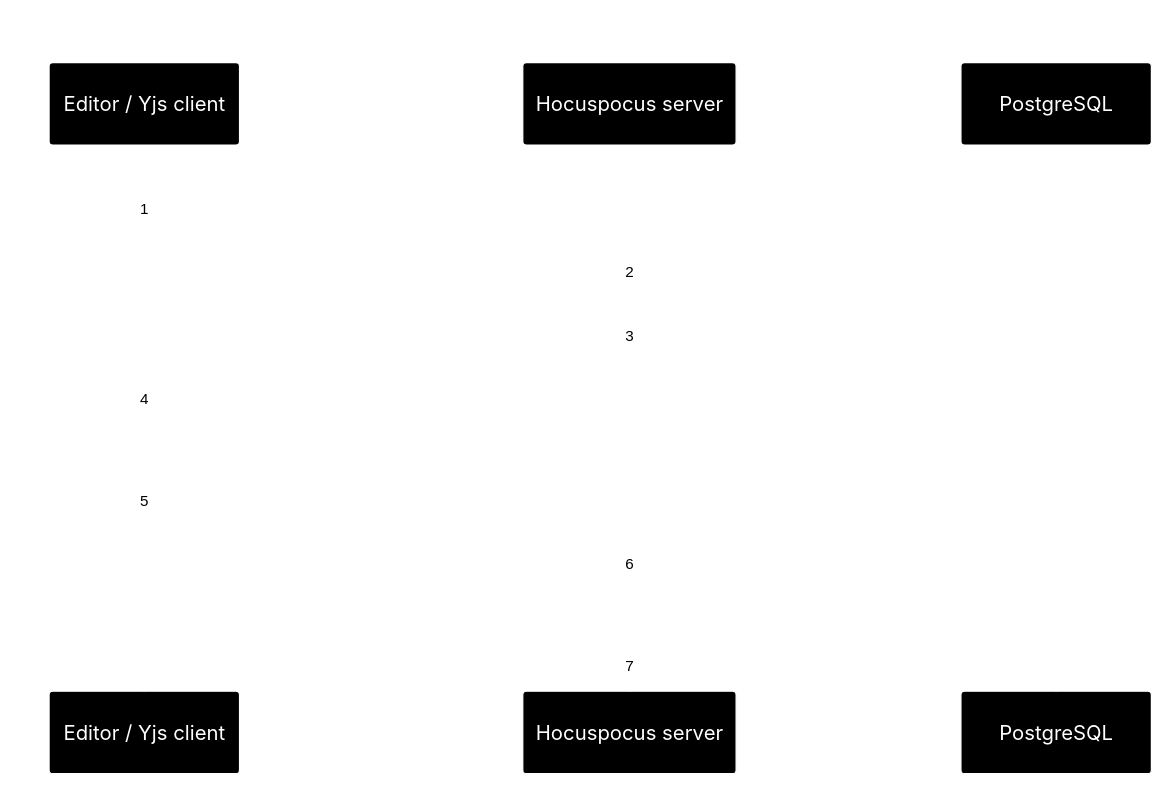
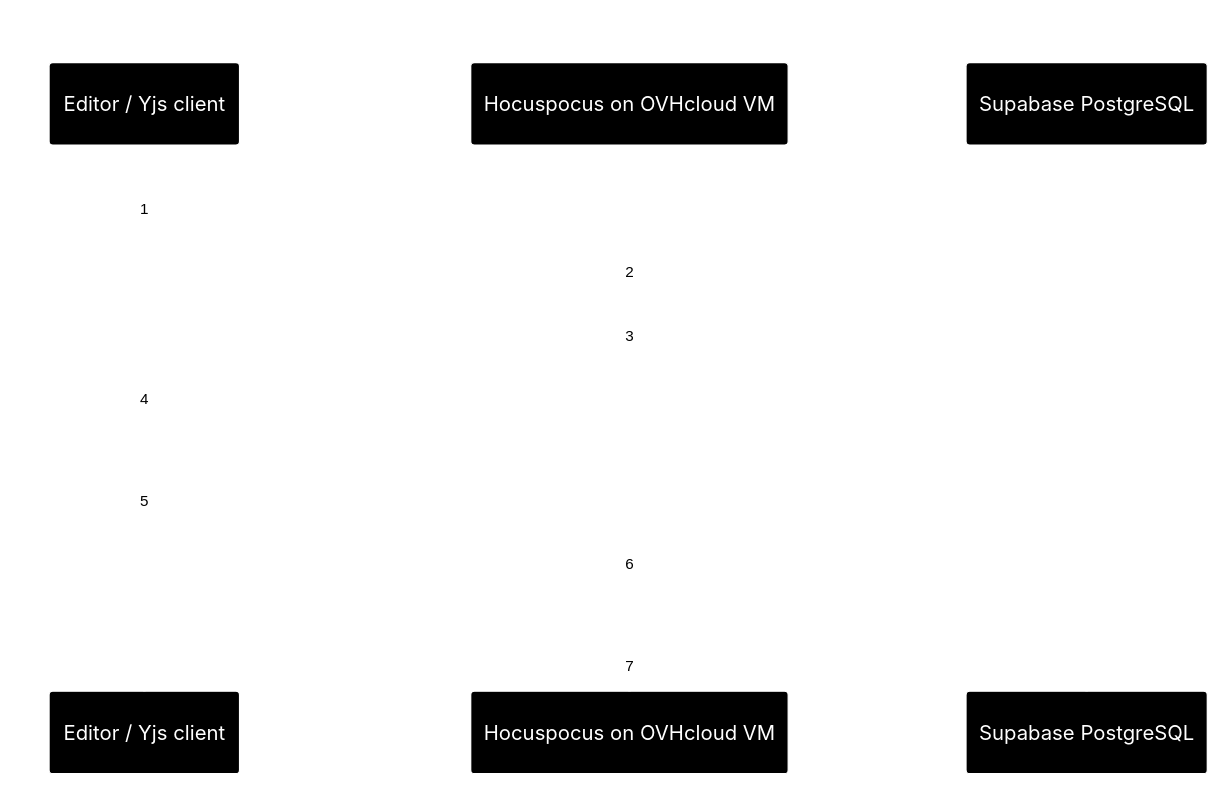
Before and after one commit to drh-14/ChalkTalk: the diagram in diagrams/concurrent-edit-sequence/concurrent-edit-sequence.mmd, drawn with Mermaid. The commit also changed 15 other files, not shown here.

Commit message:
docs: update deployment architecture diagrams for OVHcloud and Supabase

```diff
--- a/diagrams/concurrent-edit-sequence/concurrent-edit-sequence.mmd
+++ b/diagrams/concurrent-edit-sequence/concurrent-edit-sequence.mmd
@@ -1,16 +1,14 @@
 %%{init: {"theme": "base", "sequence": {"actorMargin": 140}, "themeVariables": {"background": "#000000", "primaryColor": "#000000", "primaryTextColor": "#FFFFFF", "primaryBorderColor": "#FFFFFF", "lineColor": "#FFFFFF", "actorBkg": "#000000", "actorBorder": "#FFFFFF", "actorTextColor": "#FFFFFF", "actorLineColor": "#FFFFFF", "signalColor": "#FFFFFF", "signalTextColor": "#FFFFFF", "labelBoxBkgColor": "#000000", "labelBoxBorderColor": "#FFFFFF", "labelTextColor": "#FFFFFF", "loopTextColor": "#FFFFFF", "noteBkgColor": "#000000", "noteBorderColor": "#FFFFFF", "noteTextColor": "#FFFFFF", "activationBkgColor": "#111111", "activationBorderColor": "#FFFFFF", "sequenceNumberColor": "#000000", "fontSize": "14px"}}}%%
 sequenceDiagram
     autonumber
     title ChalkTalk collaborative editing flow
-
-    participant Editor as Editor / Yjs client
-    participant Hocuspocus as Hocuspocus server
-    participant Database as PostgreSQL
-
-    Editor->>Hocuspocus: Connect with one-use ticket
-    Hocuspocus->>Database: Fetch Yjs state
-    Hocuspocus-->>Editor: Synchronize missing updates
-    Editor->>Editor: Apply edit to Y.Text content
-    Editor->>Hocuspocus: Send Yjs update
-    Hocuspocus->>Hocuspocus: Merge update into shared Y.Doc
-    Hocuspocus->>Database: Upload document state
+  participant Editor as Editor / Yjs client
+  participant Hocuspocus as Hocuspocus on OVHcloud VM
+  participant Database as Supabase PostgreSQL
+  Editor->>Hocuspocus: Connect with one-use ticket
+  Hocuspocus->>Database: Fetch Yjs state
+  Hocuspocus-->>Editor: Synchronize missing updates
+  Editor->>Editor: Apply edit to Y.Text content
+  Editor->>Hocuspocus: Send Yjs update
+  Hocuspocus->>Hocuspocus: Merge update into shared Y.Doc
+  Hocuspocus->>Database: Upload document state
```
